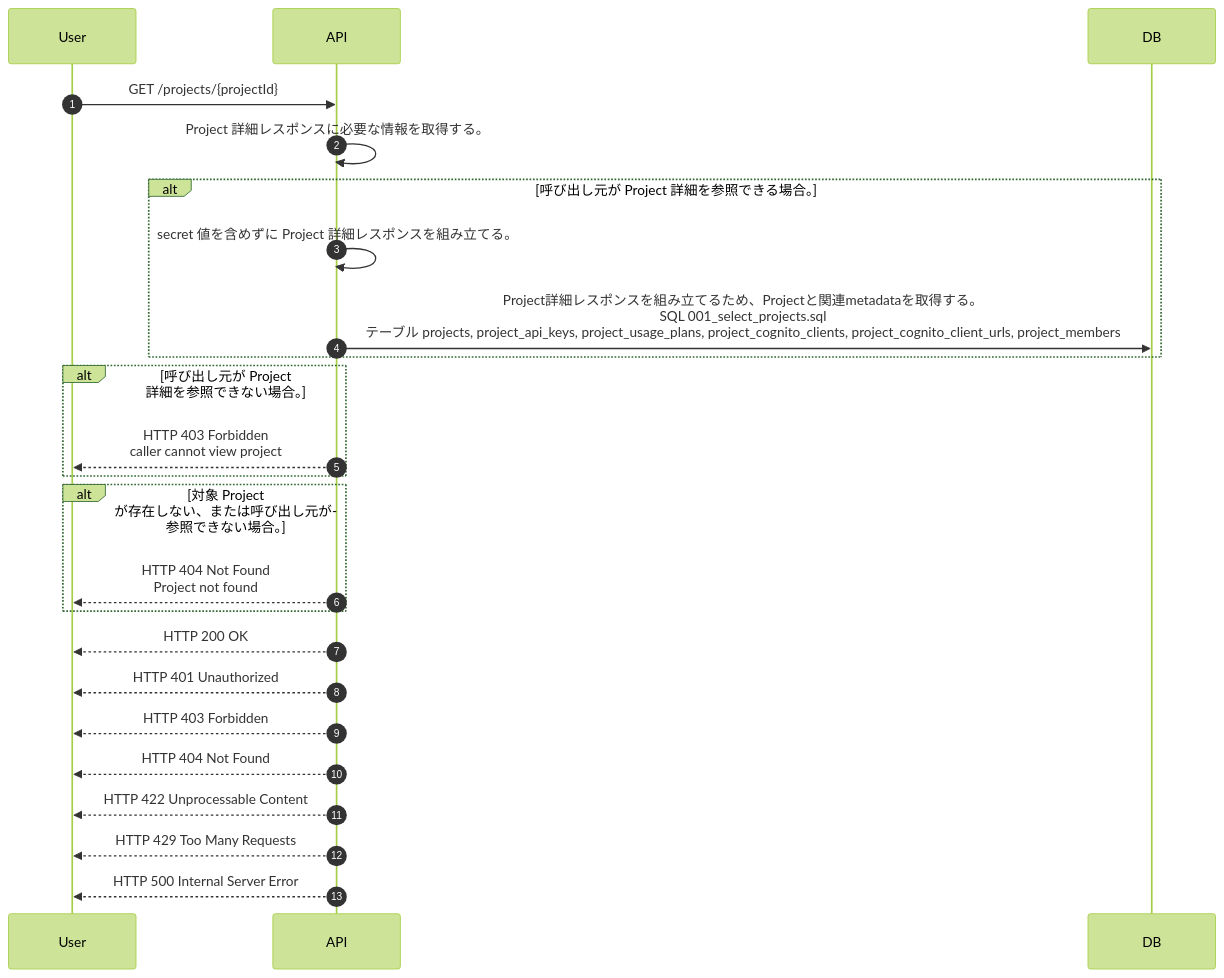
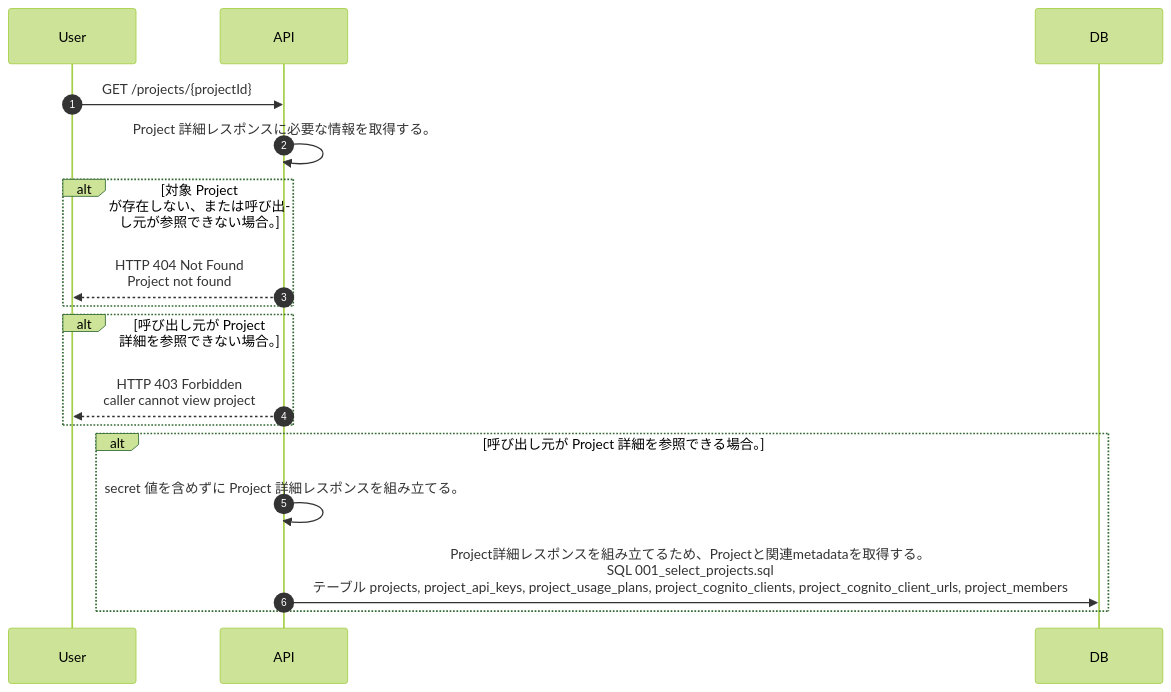
One commit to tsuji-tomonori/lazunex changed the diagram in docs/spec/40.apis/projects/get_project/sequence_gen.md. Above: the diagram before and after it, drawn with Mermaid (forest theme). The commit also changed 39 other files, not shown here.

Commit message:
🐛 fix(api): error_responsesとシーケンス出力を実装に同期

````diff
--- a/docs/spec/40.apis/projects/get_project/sequence_gen.md
+++ b/docs/spec/40.apis/projects/get_project/sequence_gen.md
@@ -5,26 +5,19 @@
 ```mermaid
 sequenceDiagram
   autonumber
   participant User as User
   participant API as API
   participant DB as DB
   User->>API: GET /projects/{projectId}
   API->>API: Project 詳細レスポンスに必要な情報を取得する。
+  alt 対象 Project が存在しない、または呼び出し元が参照できない場合。
+    API-->>User: HTTP 404 Not Found<br/>Project not found
+  end
+  alt 呼び出し元が Project 詳細を参照できない場合。
+    API-->>User: HTTP 403 Forbidden<br/>caller cannot view project
+  end
   alt 呼び出し元が Project 詳細を参照できる場合。
     API->>API: secret 値を含めずに Project 詳細レスポンスを組み立てる。
     API->>DB: Project詳細レスポンスを組み立てるため、Projectと関連metadataを取得する。<br/>SQL 001_select_projects.sql<br/>テーブル projects, project_api_keys, project_usage_plans, project_cognito_clients, project_cognito_client_urls, project_members
   end
-  alt 呼び出し元が Project 詳細を参照できない場合。
-    API-->>User: HTTP 403 Forbidden<br/>caller cannot view project
-  end
-  alt 対象 Project が存在しない、または呼び出し元が参照できない場合。
-    API-->>User: HTTP 404 Not Found<br/>Project not found
-  end
-  API-->>User: HTTP 200 OK
-  API-->>User: HTTP 401 Unauthorized
-  API-->>User: HTTP 403 Forbidden
-  API-->>User: HTTP 404 Not Found
-  API-->>User: HTTP 422 Unprocessable Content
-  API-->>User: HTTP 429 Too Many Requests
-  API-->>User: HTTP 500 Internal Server Error
 ```
````
